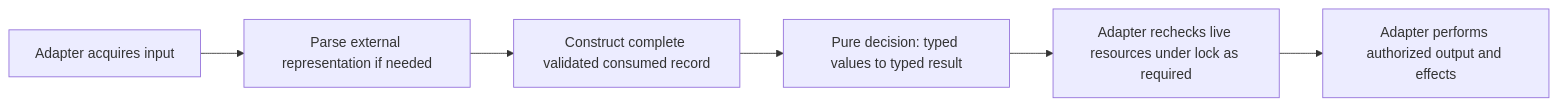
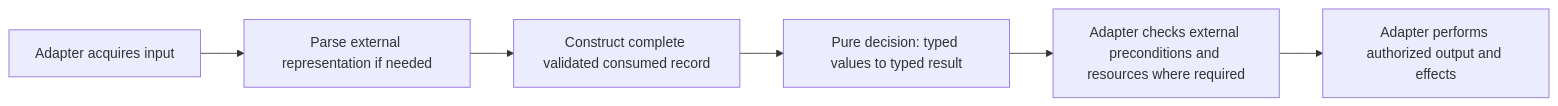
The diagram in doc/feat/validated-core/README.md (msitarz/ataraxia), drawn with Mermaid before and after one commit. The commit also changed other lines of this file and 1 other file, not shown here.

````diff
--- a/doc/feat/validated-core/README.md
+++ b/doc/feat/validated-core/README.md
@@ -41,8 +41,8 @@
 ```mermaid
 flowchart LR
     A[Adapter acquires input] --> P[Parse external representation if needed]
     P --> V[Construct complete validated consumed record]
     V --> C[Pure decision: typed values to typed result]
-    C --> L[Adapter rechecks live resources under lock as required]
+    C --> L[Adapter checks external preconditions and resources where required]
     L --> E[Adapter performs authorized output and effects]
 ```
````
